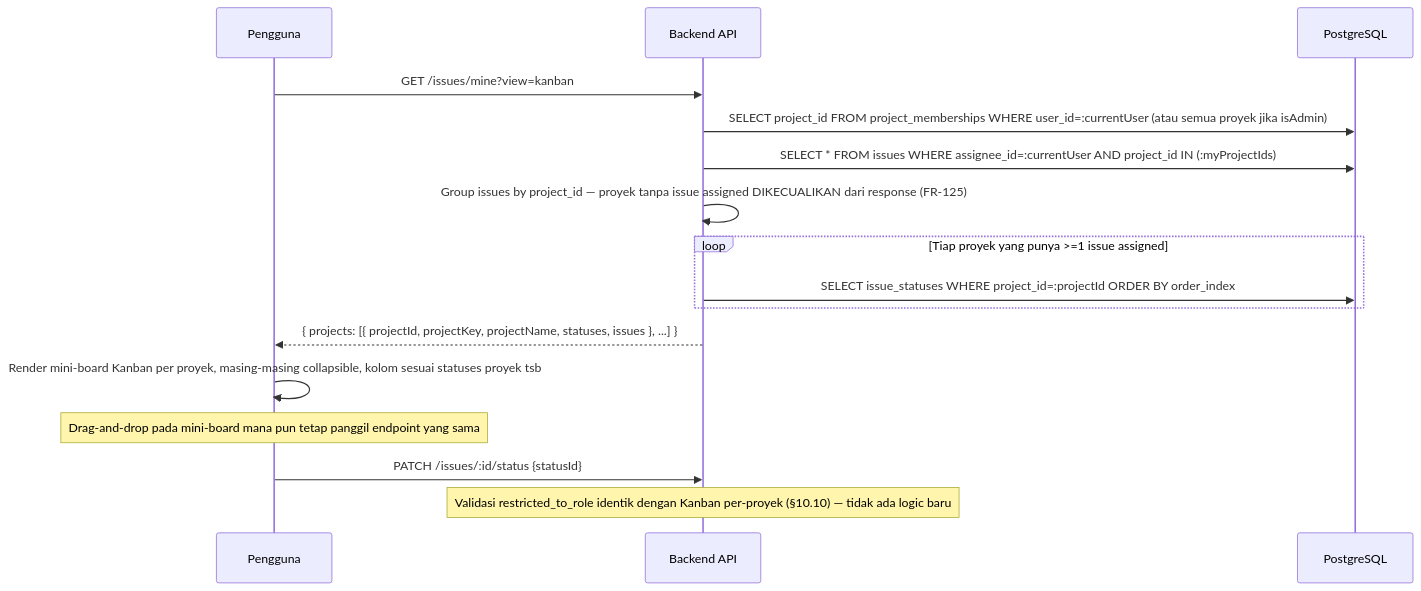
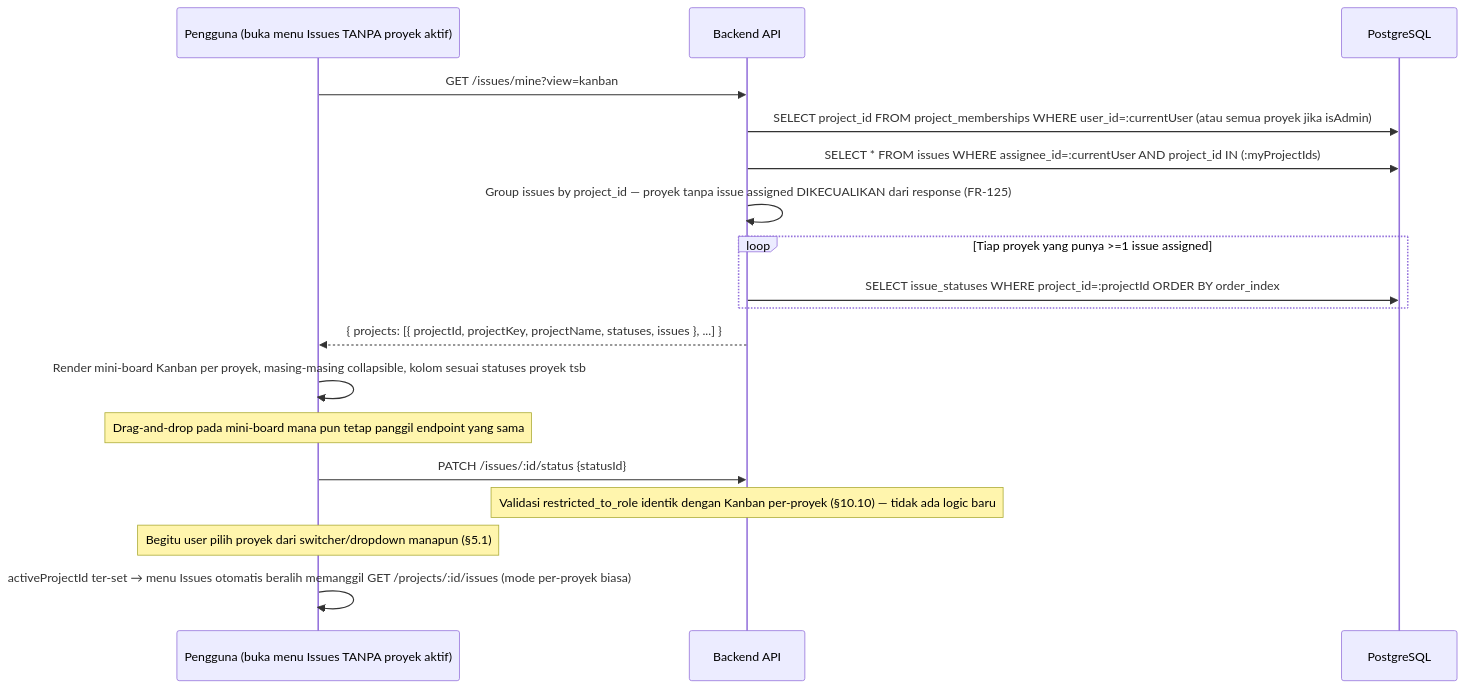
Before and after one commit to itshazlan/trackflow: diagram 21 of 27 in SDD_Lean_Internal.md, drawn with Mermaid. The commit also changed other lines of this file and 2 other files, not shown here.

Commit message:
refactor: integrate "Tugas Saya" into Issues as cross-project aggregation mode and implement inline project selection for sidebar menus

````diff
--- a/SDD_Lean_Internal.md
+++ b/SDD_Lean_Internal.md
@@ -1271,20 +1306,23 @@
 ```mermaid
 sequenceDiagram
-    participant U as Pengguna
+    participant U as Pengguna (buka menu Issues TANPA proyek aktif)
     participant A as Backend API
     participant PG as PostgreSQL
 
     U->>A: GET /issues/mine?view=kanban
     A->>PG: SELECT project_id FROM project_memberships WHERE user_id=:currentUser (atau semua proyek jika isAdmin)
     A->>PG: SELECT * FROM issues WHERE assignee_id=:currentUser AND project_id IN (:myProjectIds)
     A->>A: Group issues by project_id — proyek tanpa issue assigned DIKECUALIKAN dari response (FR-125)
     loop Tiap proyek yang punya >=1 issue assigned
         A->>PG: SELECT issue_statuses WHERE project_id=:projectId ORDER BY order_index
     end
     A-->>U: { projects: [{ projectId, projectKey, projectName, statuses, issues }, ...] }
     U->>U: Render mini-board Kanban per proyek, masing-masing collapsible, kolom sesuai statuses proyek tsb
 
     Note over U: Drag-and-drop pada mini-board mana pun tetap panggil endpoint yang sama
     U->>A: PATCH /issues/:id/status {statusId}
     Note over A: Validasi restricted_to_role identik dengan Kanban per-proyek (§10.10) — tidak ada logic baru
+
+    Note over U: Begitu user pilih proyek dari switcher/dropdown manapun (§5.1)
+    U->>U: activeProjectId ter-set → menu Issues otomatis beralih memanggil GET /projects/:id/issues (mode per-proyek biasa)
 ```
````
